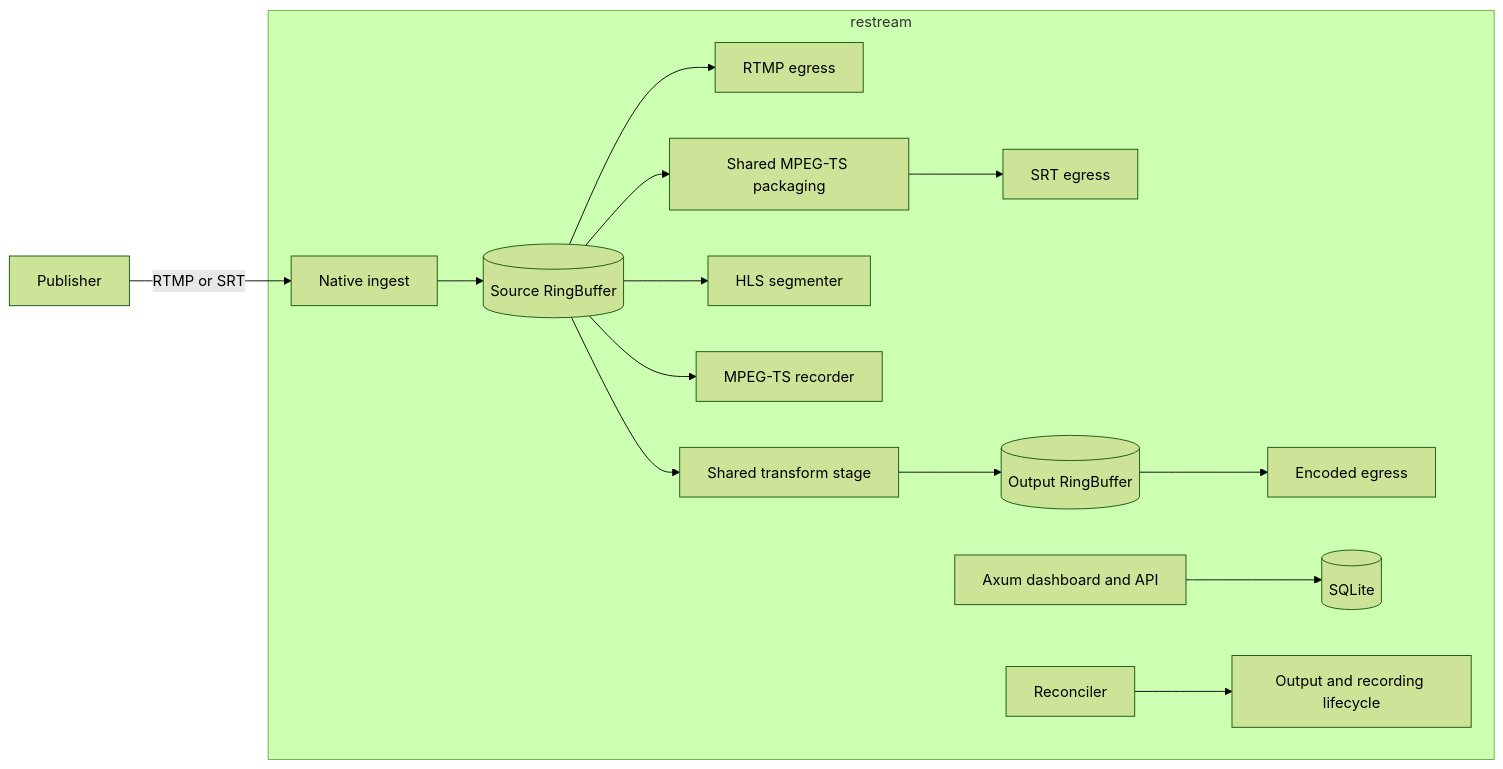
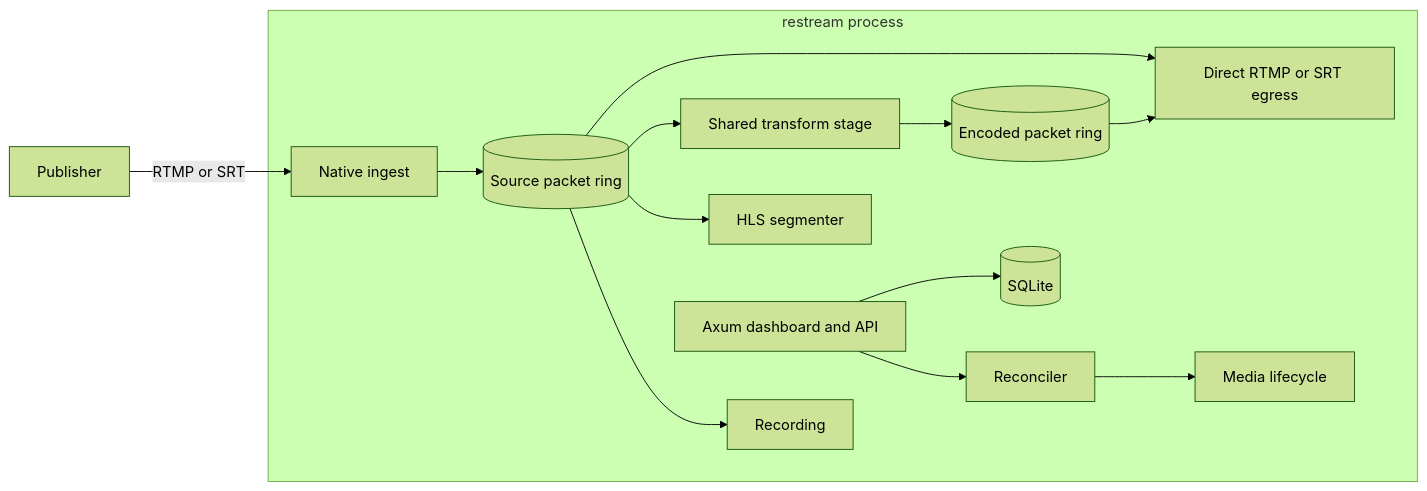
One commit to krsna1729/restream changed the first of 2 diagrams in docs/architecture.md. Above: the diagram before and after it, drawn with Mermaid (forest theme). The commit also changed other lines of this file and 13 other files, not shown here.

````diff
--- a/docs/architecture.md
+++ b/docs/architecture.md
@@ -129,17 +21,18 @@
 ```mermaid
 flowchart LR
-    Publisher["Publisher"] -->|RTMP or SRT| Ingest["Native ingest"]
+    Publisher["Publisher"] -->|"RTMP or SRT"| Ingest["Native ingest"]
 
-    subgraph Restream["restream"]
-        Ingest --> Source[("Source RingBuffer")]
-        Source --> Rtmp["RTMP egress"]
-        Source --> SrtPackage["Shared MPEG-TS packaging"] --> Srt["SRT egress"]
+    subgraph Restream["restream process"]
+        Ingest --> Source[("Source packet ring")]
+        Source --> Direct["Direct RTMP or SRT egress"]
+        Source --> Transform["Shared transform stage"]
+        Transform --> Encoded[("Encoded packet ring")]
+        Encoded --> Direct
         Source --> Hls["HLS segmenter"]
-        Source --> Recorder["MPEG-TS recorder"]
-        Source --> Transform["Shared transform stage"]
-        Transform --> Output[("Output RingBuffer")] --> Encoded["Encoded egress"]
+        Source --> Recorder["Recording"]
 
         Api["Axum dashboard and API"] --> Database[("SQLite")]
-        Reconciler["Reconciler"] --> Lifecycle["Output and recording lifecycle"]
+        Reconciler["Reconciler"] --> Runtime["Media lifecycle"]
+        Api --> Reconciler
     end
 ```
````
